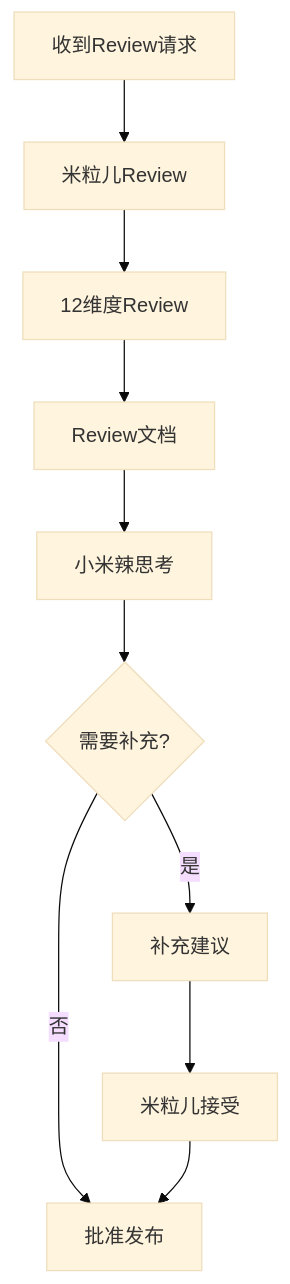
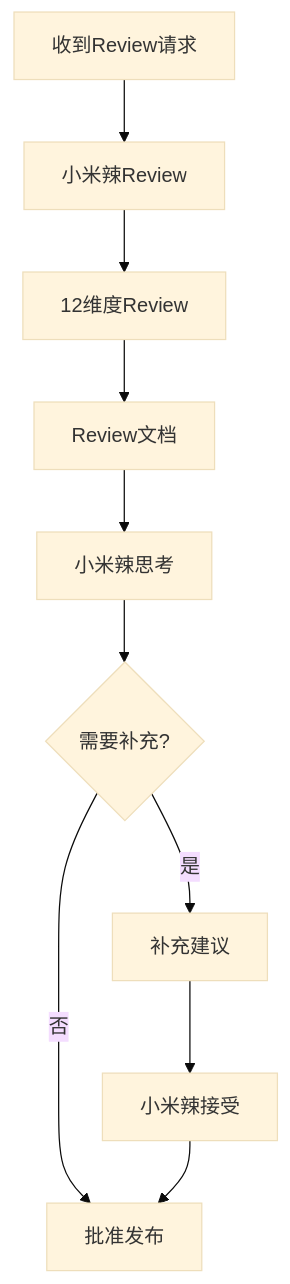
One commit to zhaog100/openclaw-skills changed the fourth of 6 diagrams in docs/DUAL_MILI_SYSTEM_V3_INTEGRATED.md. Above: the diagram before and after it, drawn with Mermaid (base theme). The commit also changed other lines of this file and 107 other files, not shown here.

````diff
--- a/docs/DUAL_MILI_SYSTEM_V3_INTEGRATED.md
+++ b/docs/DUAL_MILI_SYSTEM_V3_INTEGRATED.md
@@ -158,12 +158,12 @@
 ```mermaid
 graph TB
-    A[收到Review请求] --> B[米粒儿Review]
+    A[收到Review请求] --> B[小米辣Review]
     B --> C[12维度Review]
     C --> D[Review文档]
     D --> E[小米辣思考]
     E --> F{需要补充?}
     F -->|是| G[补充建议]
     F -->|否| H[批准发布]
-    G --> I[米粒儿接受]
+    G --> I[小米辣接受]
     I --> H
 ```
````
